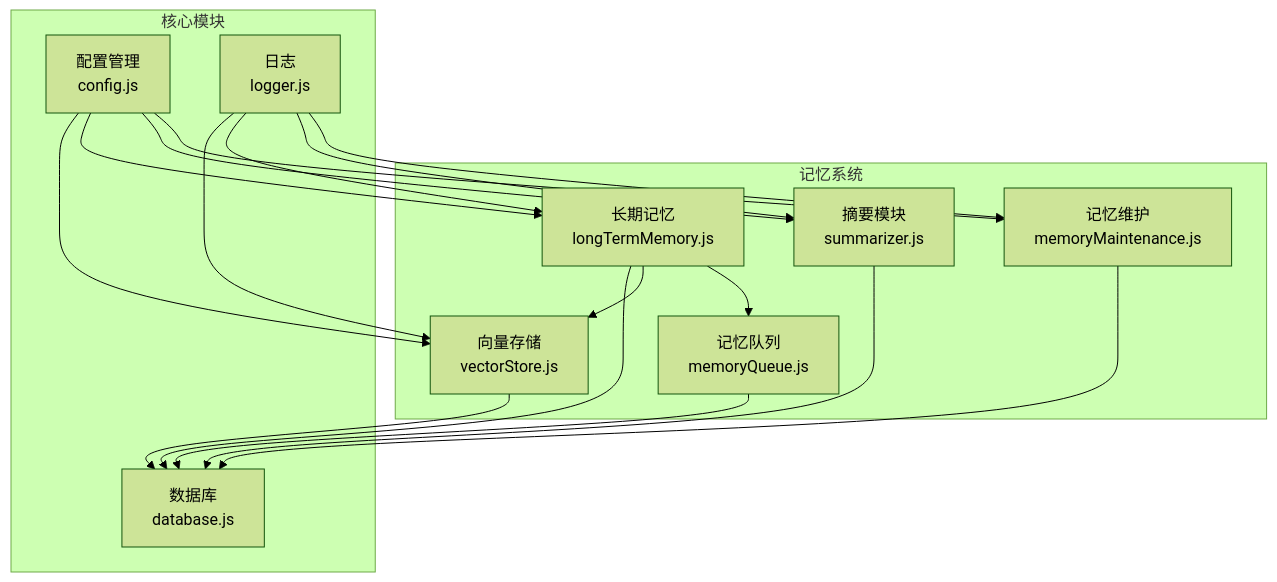
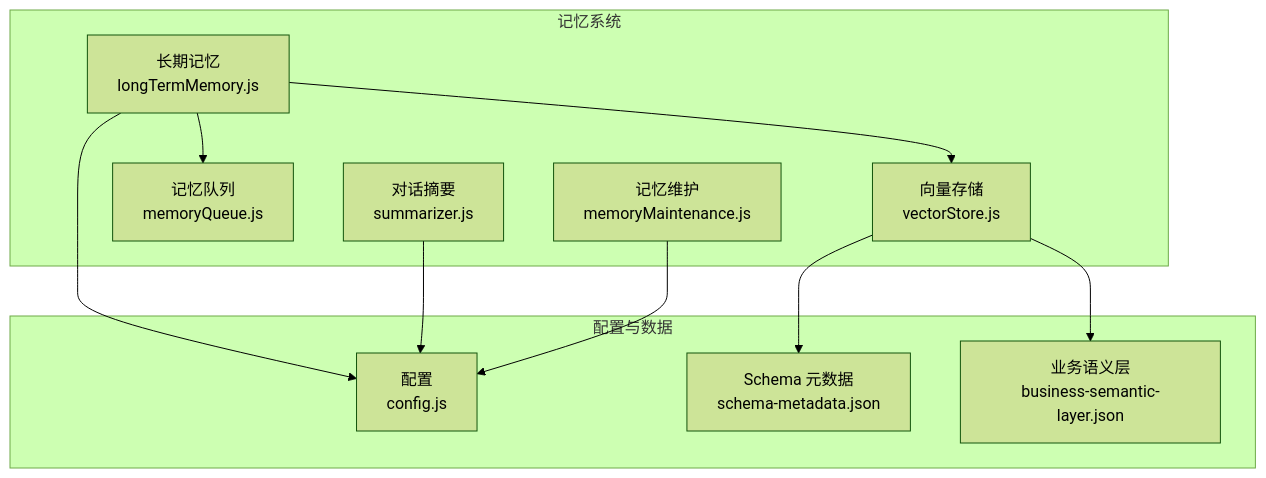
Before and after one commit to HanHuiOnLine/724-office: the first of 8 diagrams in NL2SQL/.qoder/repowiki/zh/content/记忆系统/记忆系统.md, drawn with Mermaid (forest theme). The commit also changed other lines of this file and 203 other files, not shown here.

````diff
--- a/NL2SQL/.qoder/repowiki/zh/content/记忆系统/记忆系统.md
+++ b/NL2SQL/.qoder/repowiki/zh/content/记忆系统/记忆系统.md
@@ -44,30 +46,22 @@
 ```mermaid
 graph TB
 subgraph "记忆系统"
-V["向量存储<br/>vectorStore.js"]
 LTM["长期记忆<br/>longTermMemory.js"]
+VS["向量存储<br/>vectorStore.js"]
 MQ["记忆队列<br/>memoryQueue.js"]
-SUM["摘要模块<br/>summarizer.js"]
 MM["记忆维护<br/>memoryMaintenance.js"]
+SUM["对话摘要<br/>summarizer.js"]
 end
-subgraph "核心模块"
-CFG["配置管理<br/>config.js"]
-DB["数据库<br/>database.js"]
-LOG["日志<br/>logger.js"]
+subgraph "配置与数据"
+CFG["配置<br/>config.js"]
+SCHEMA["Schema 元数据<br/>schema-metadata.json"]
+SEM["业务语义层<br/>business-semantic-layer.json"]
 end
-V --> DB
-LTM --> DB
-LTM --> V
 LTM --> MQ
-SUM --> DB
-MM --> DB
-MQ --> DB
-CFG --> V
-CFG --> LTM
-CFG --> SUM
-CFG --> MM
-LOG --> V
-LOG --> LTM
-LOG --> SUM
-LOG --> MM
+LTM --> VS
+VS --> SCHEMA
+VS --> SEM
+LTM --> CFG
+SUM --> CFG
+MM --> CFG
 ```
````
